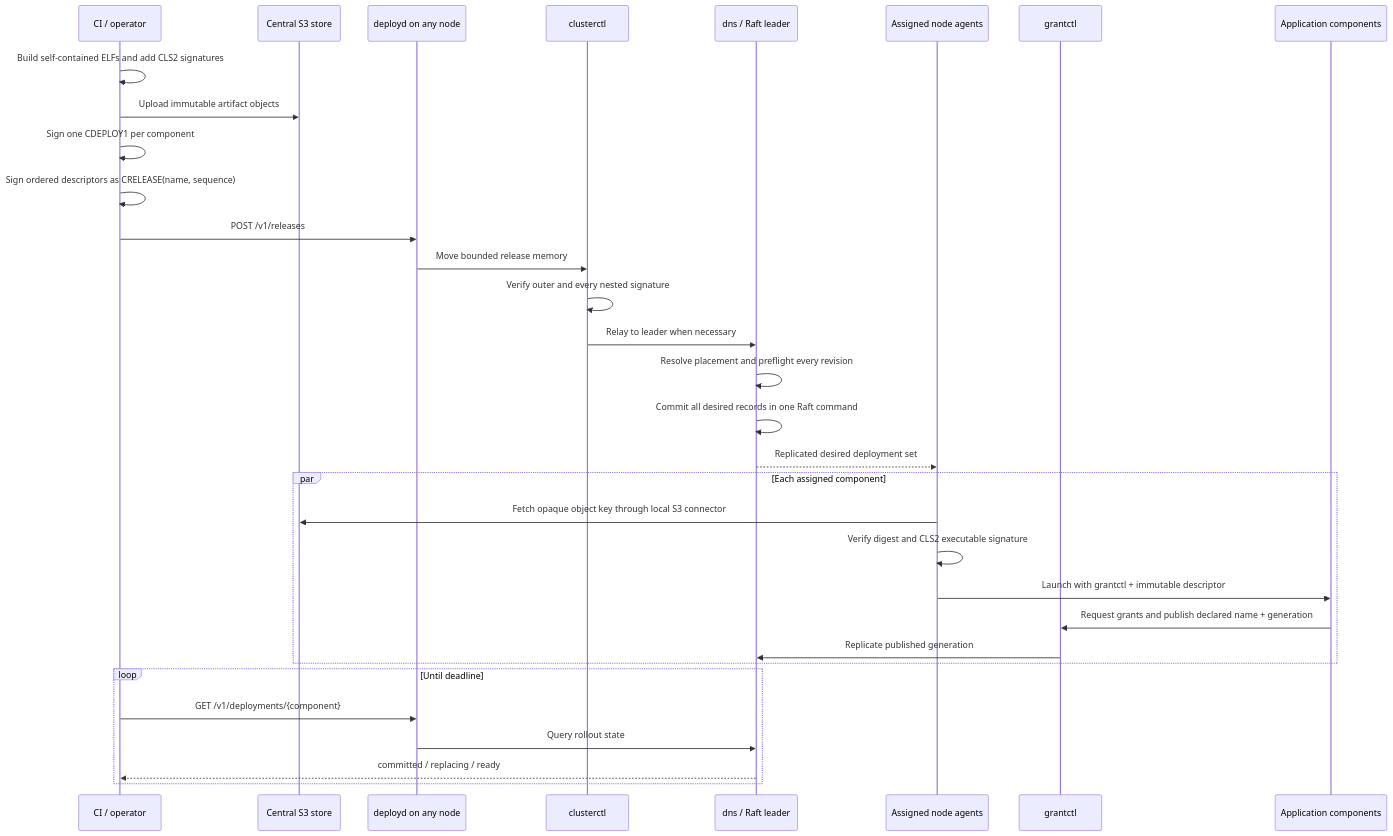
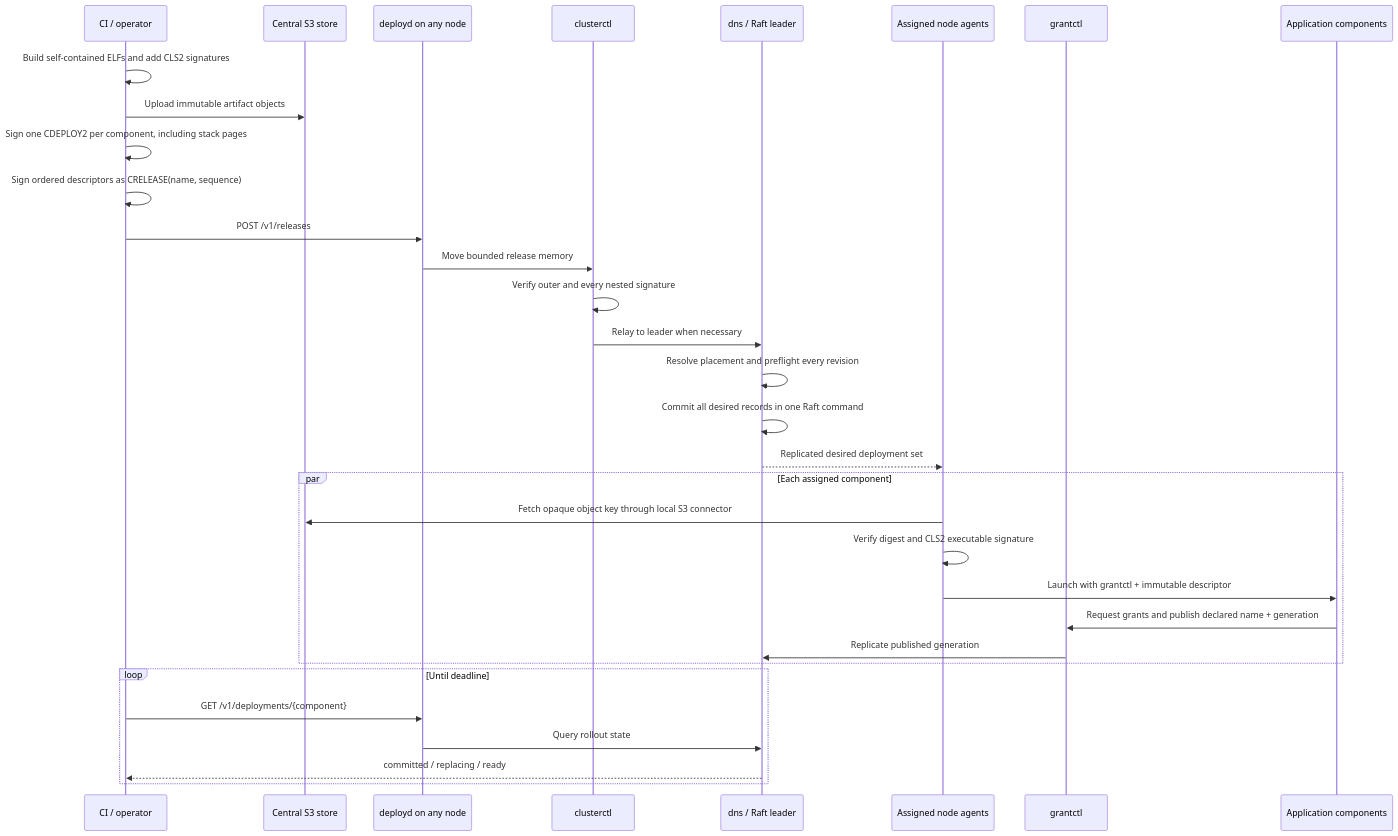
The eighth of 11 diagrams in docs/figures.md (FrodeRanders/charlotte-os), drawn with Mermaid before and after one commit. The commit also changed other lines of this file and 27 other files, not shown here.

Commit message:
Sign and enforce deployment stack limits

````diff
--- a/docs/figures.md
+++ b/docs/figures.md
@@ -349,37 +349,37 @@
 ```mermaid
 sequenceDiagram
 participant C as CI / operator
 participant O as Central S3 store
 participant D as deployd on any node
 participant X as clusterctl
 participant R as dns / Raft leader
 participant A as Assigned node agents
 participant G as grantctl
 participant P as Application components
 
       C->>C: Build self-contained ELFs and add CLS2 signatures
       C->>O: Upload immutable artifact objects
-      C->>C: Sign one CDEPLOY1 per component
+      C->>C: Sign one CDEPLOY2 per component, including stack pages
       C->>C: Sign ordered descriptors as CRELEASE(name, sequence)
       C->>D: POST /v1/releases
       D->>X: Move bounded release memory
       X->>X: Verify outer and every nested signature
       X->>R: Relay to leader when necessary
       R->>R: Resolve placement and preflight every revision
       R->>R: Commit all desired records in one Raft command
       R-->>A: Replicated desired deployment set
 
       par Each assigned component
           A->>O: Fetch opaque object key through local S3 connector
           A->>A: Verify digest and CLS2 executable signature
           A->>P: Launch with grantctl + immutable descriptor
           P->>G: Request grants and publish declared name + generation
           G->>R: Replicate published generation
       end
 
       loop Until deadline
           C->>D: GET /v1/deployments/{component}
           D->>R: Query rollout state
           R-->>C: committed / replacing / ready
       end
 ```
````
